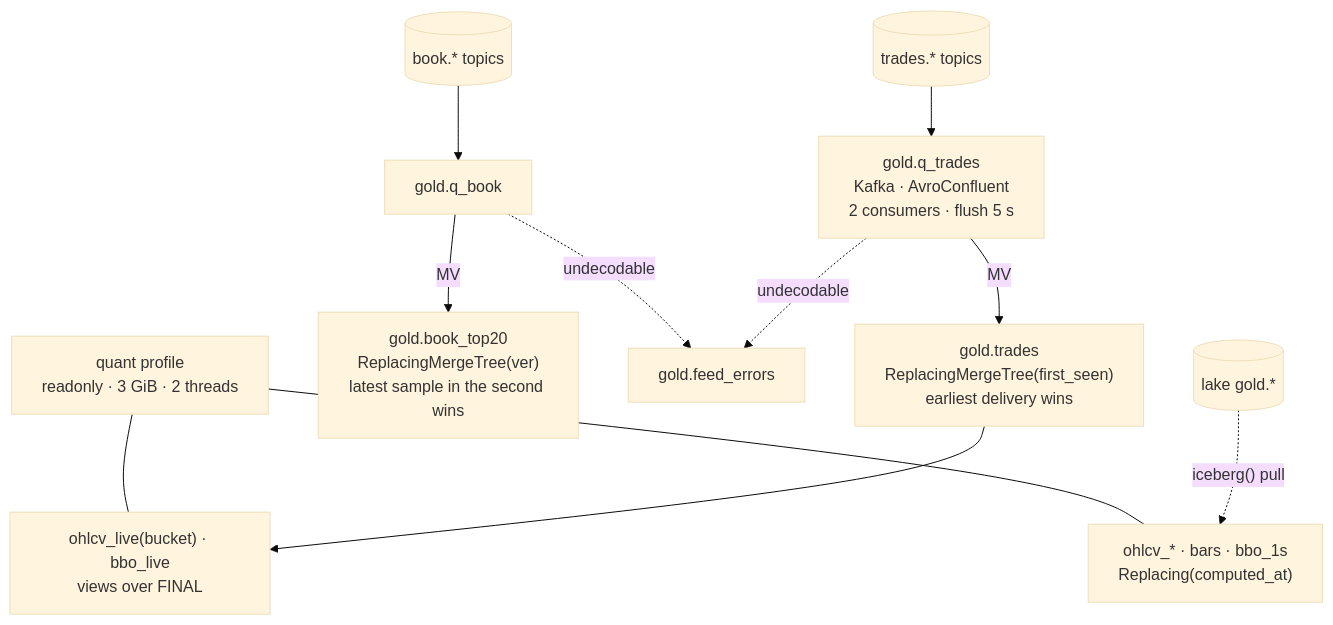
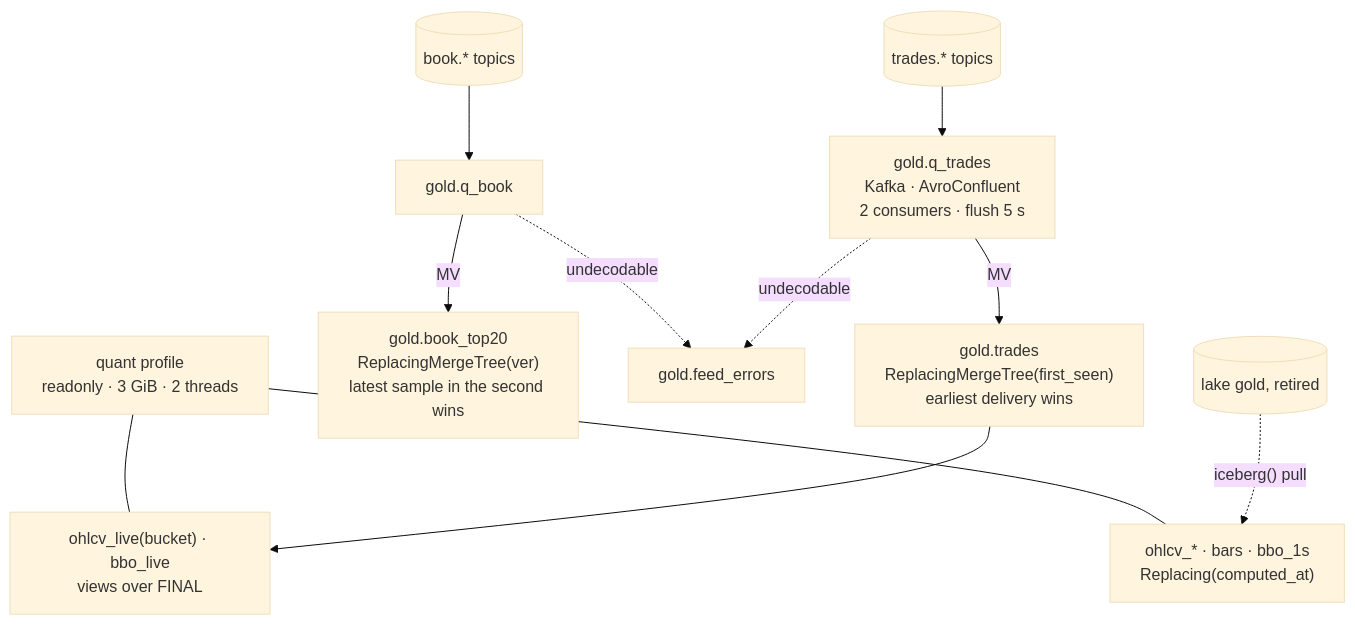
Before and after one commit to rjdscott/k2-market-data-platform: the diagram in docs/architecture/10-clickhouse-gold.md, drawn with Mermaid (base theme). The commit also changed other lines of this file and 24 other files, not shown here.

First line of the commit message:
docs(architecture): the book after the v3 lake ingest retires (W6)

````diff
--- a/docs/architecture/10-clickhouse-gold.md
+++ b/docs/architecture/10-clickhouse-gold.md
@@ -60,11 +67,11 @@
 ```mermaid
 flowchart TB
   T[("trades.* topics")] --> QT["gold.q_trades<br/>Kafka · AvroConfluent<br/>2 consumers · flush 5 s"]
   B[("book.* topics")] --> QB["gold.q_book"]
   QT -->|MV| TR["gold.trades<br/>ReplacingMergeTree(first_seen)<br/>earliest delivery wins"]
   QB -->|MV| BK["gold.book_top20<br/>ReplacingMergeTree(ver)<br/>latest sample in the second wins"]
   QT & QB -.->|"undecodable"| FE["gold.feed_errors"]
   TR --> LV["ohlcv_live(bucket) · bbo_live<br/>views over FINAL"]
-  LK[("lake gold.*")] -.->|"iceberg() pull"| PR["ohlcv_* · bars · bbo_1s<br/>Replacing(computed_at)"]
+  LK[("lake gold, retired")] -.->|"iceberg() pull"| PR["ohlcv_* · bars · bbo_1s<br/>Replacing(computed_at)"]
   U["quant profile<br/>readonly · 3 GiB · 2 threads"] --- LV & PR
 ```
````
